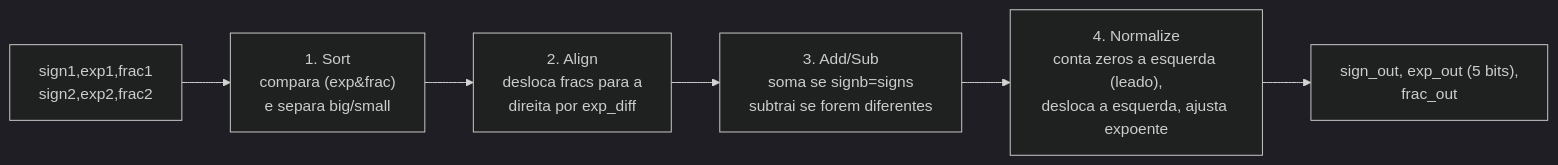
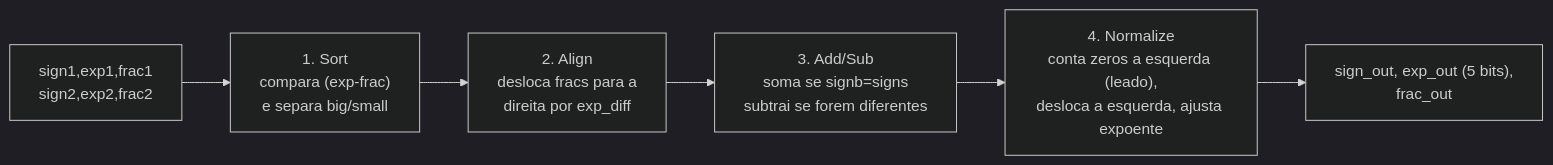
Before and after one commit to TainaCavichia/Somador-de-Ponto-Flutuante-em-FPGA: the first of 2 diagrams in README.md, drawn with Mermaid (dark theme). The commit also changed other lines of this file, not shown here.

````diff
--- a/README.md
+++ b/README.md
@@ -55,8 +45,8 @@
 ```mermaid
 flowchart LR
-    IN["sign1,exp1,frac1\nsign2,exp2,frac2"] --> S["1. Sort\ncompara (exp&frac)\ne separa big/small"]
+    IN["sign1,exp1,frac1\nsign2,exp2,frac2"] --> S["1. Sort\ncompara (exp-frac)\ne separa big/small"]
     S --> AL["2. Align\ndesloca fracs para a\ndireita por exp_diff"]
     AL --> ADD["3. Add/Sub\nsoma se signb=signs\nsubtrai se forem diferentes"]
     ADD --> NORM["4. Normalize\nconta zeros a esquerda (leado),\ndesloca a esquerda, ajusta expoente"]
     NORM --> OUT["sign_out, exp_out (5 bits),\nfrac_out"]
 ```
````
